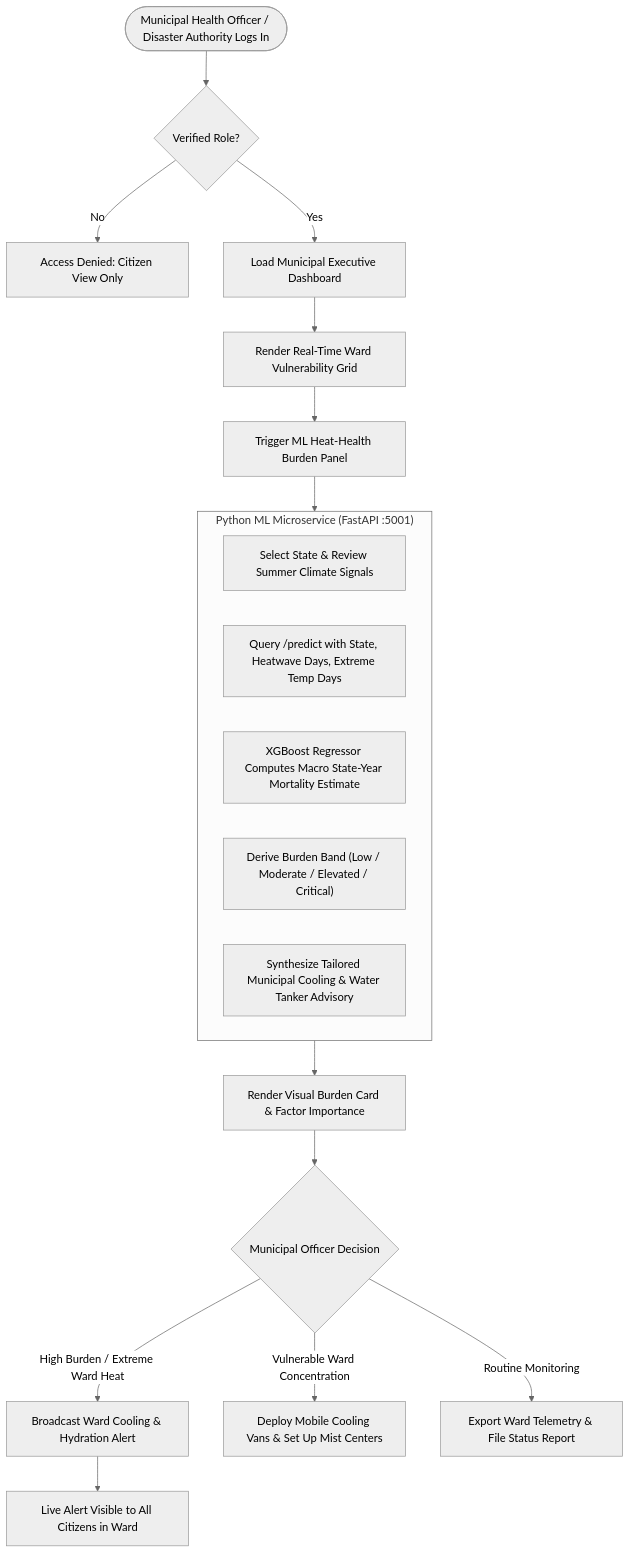
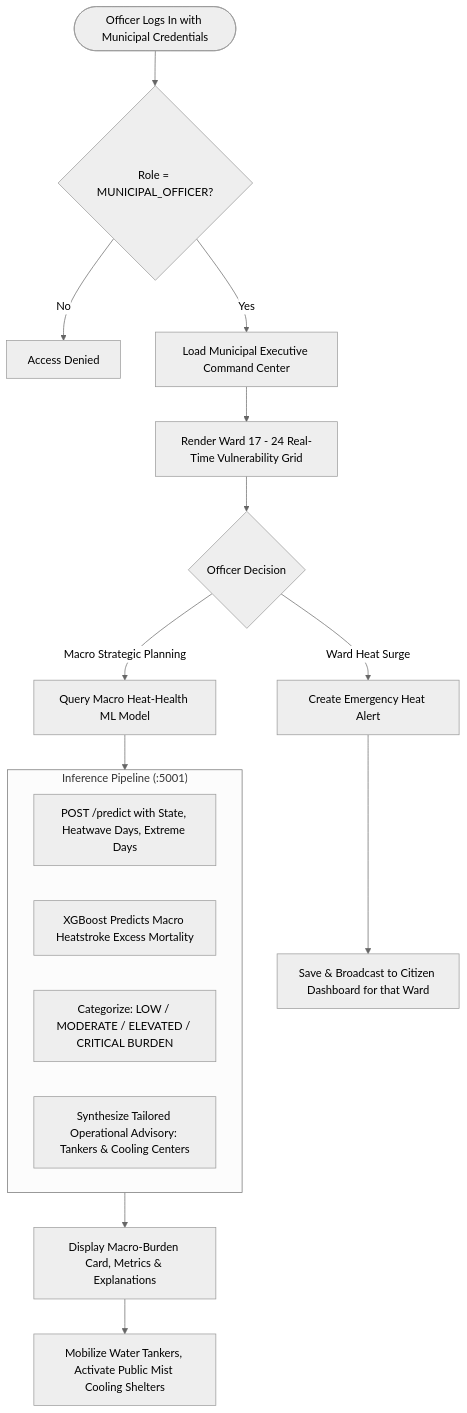
One commit to Aadityasingh0709/taap-chetna changed the fourth of 4 diagrams in README.md. Above: the diagram before and after it, drawn with Mermaid (neutral theme). The commit also changed other lines of this file, not shown here.

Commit message:
docs: overhaul README with submission-ready architecture, ML audit, RBAC matrix, and API reference

````diff
--- a/README.md
+++ b/README.md
@@ -230,28 +275,25 @@
 ```mermaid
 flowchart TD
-    AdminLogin([Municipal Health Officer / Disaster Authority Logs In]) --> RBACCheck{Verified Role?}
+    Login([Officer Logs In with Municipal Credentials]) --> RoleGuard{Role = MUNICIPAL_OFFICER?}
+    RoleGuard -- No --> Reject[Access Denied]
+    RoleGuard -- Yes --> LoadDashboard[Load Municipal Executive Command Center]
 
-    RBACCheck -- No --> Deny[Access Denied: Citizen View Only]
-    RBACCheck -- Yes --> LoadDashboard[Load Municipal Executive Dashboard]
+    LoadDashboard --> RenderWards[Render Ward 17 - 24 Real-Time Vulnerability Grid]
+    RenderWards --> OfficerAction{Officer Decision}
 
-    LoadDashboard --> WardGrid[Render Real-Time Ward Vulnerability Grid]
-    WardGrid --> MLInferenceReq[Trigger ML Heat-Health Burden Panel]
+    OfficerAction -- "Ward Heat Surge" --> IssueAlert[Create Emergency Heat Alert]
+    IssueAlert --> Broadcast[Save & Broadcast to Citizen Dashboard for that Ward]
 
-    subgraph MLMicroservicePipeline ["Python ML Microservice (FastAPI :5001)"]
-        SelectState["Select State & Review Summer Climate Signals"]
-        CheckHealth["Query /predict with State, Heatwave Days, Extreme Temp Days"]
-        RunXGB["XGBoost Regressor Computes Macro State-Year Mortality Estimate"]
-        GenBand["Derive Burden Band (Low / Moderate / Elevated / Critical)"]
-        GenAdvisories["Synthesize Tailored Municipal Cooling & Water Tanker Advisory"]
+    OfficerAction -- "Macro Strategic Planning" --> QueryML[Query Macro Heat-Health ML Model]
+    
+    subgraph MLServiceFlow ["Inference Pipeline (:5001)"]
+        Req[POST /predict with State, Heatwave Days, Extreme Days]
+        RunXGB[XGBoost Predicts Macro Heatstroke Excess Mortality]
+        Categorize[Categorize: LOW / MODERATE / ELEVATED / CRITICAL BURDEN]
+        Advisory[Synthesize Tailored Operational Advisory: Tankers & Cooling Centers]
     end
 
-    MLInferenceReq --> MLMicroservicePipeline
-    MLMicroservicePipeline --> RenderMLPanel[Render Visual Burden Card & Factor Importance]
-
-    RenderMLPanel --> OfficerAction{Municipal Officer Decision}
-    OfficerAction -- "High Burden / Extreme Ward Heat" --> TriggerAlert[Broadcast Ward Cooling & Hydration Alert]
-    OfficerAction -- "Vulnerable Ward Concentration" --> DeployCooling[Deploy Mobile Cooling Vans & Set Up Mist Centers]
-    OfficerAction -- "Routine Monitoring" --> LogReport[Export Ward Telemetry & File Status Report]
-
-    TriggerAlert --> AlertBulletin[Live Alert Visible to All Citizens in Ward]
+    QueryML --> MLServiceFlow
+    MLServiceFlow --> DisplayCard[Display Macro-Burden Card, Metrics & Explanations]
+    DisplayCard --> DeployUnits[Mobilize Water Tankers, Activate Public Mist Cooling Shelters]
 ```
````
